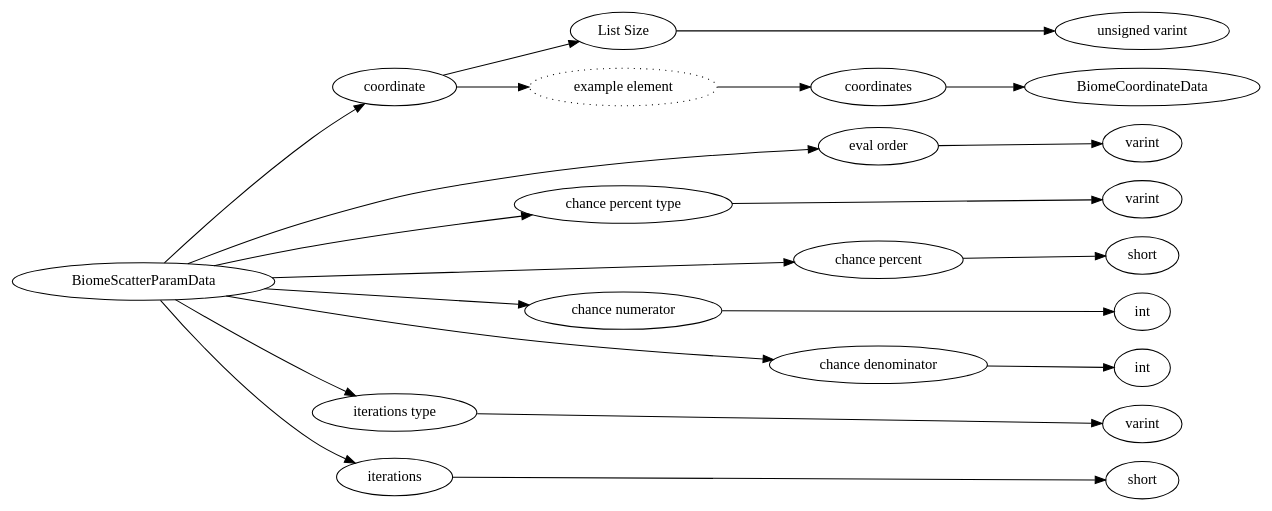
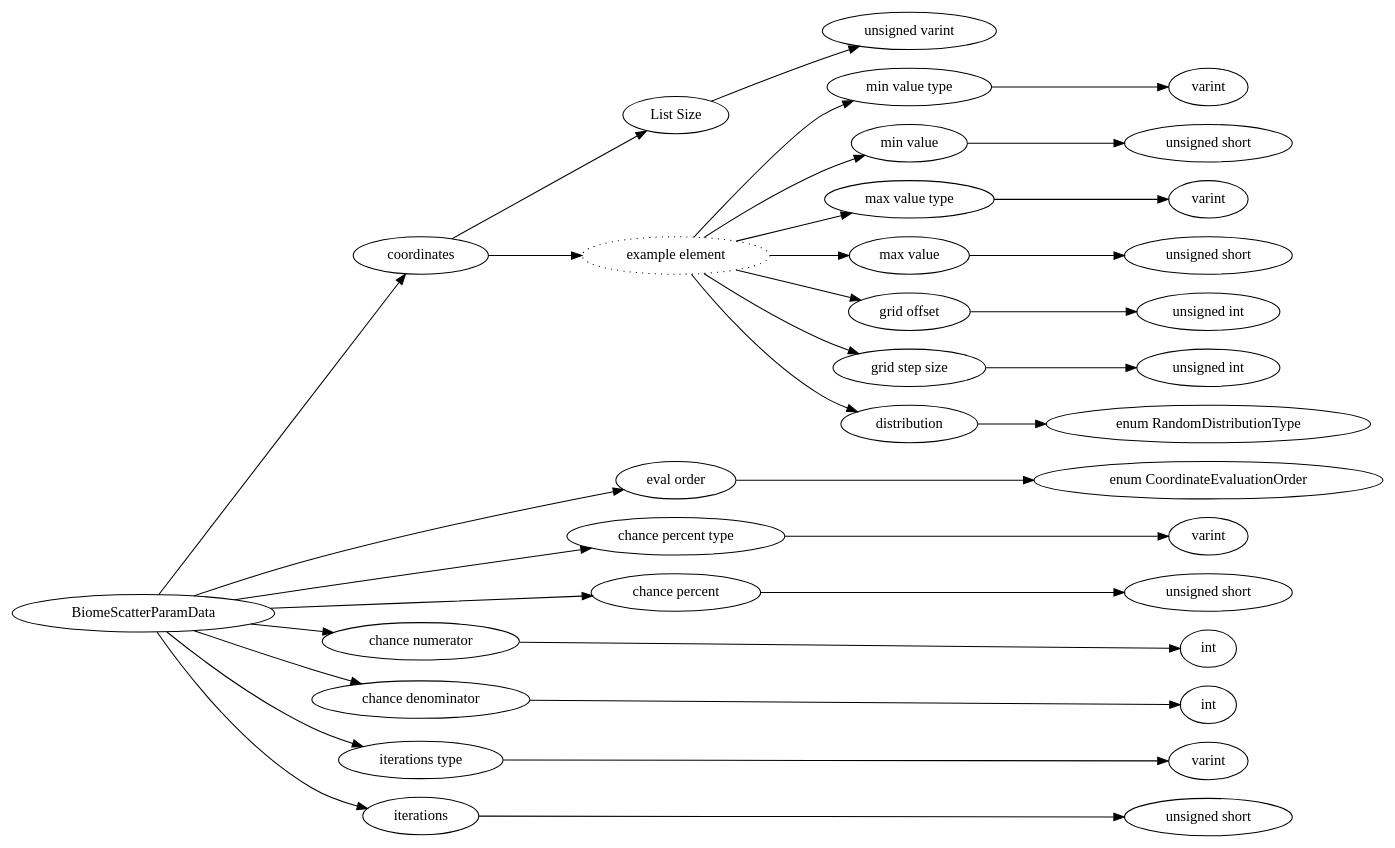
Before and after one commit to Mojang/bedrock-protocol-docs: the diagram in dot/BiomeScatterParamData.dot, drawn with Graphviz. The commit also changed 806 other files, not shown here.

```diff
--- a/dot/BiomeScatterParamData.dot
+++ b/dot/BiomeScatterParamData.dot
@@ -1,48 +1,72 @@
 digraph "BiomeScatterParamData" {
 rankdir = LR
-80
-80 -> 81
-81 -> 82
-82 -> 83
-81 -> 84
-84 -> 85
-85 -> 101
-80 -> 102
-102 -> 103
-80 -> 104
-104 -> 105
-80 -> 106
-106 -> 107
-80 -> 108
-108 -> 109
-80 -> 110
-110 -> 111
-80 -> 112
-112 -> 113
-80 -> 114
-114 -> 115
+0
+0 -> 1
+1 -> 2
+2 -> 3
+1 -> 4
+4 -> 5
+5 -> 6
+4 -> 7
+7 -> 8
+4 -> 9
+9 -> 10
+4 -> 11
+11 -> 12
+4 -> 13
+13 -> 14
+4 -> 15
+15 -> 16
+4 -> 17
+17 -> 18
+0 -> 19
+19 -> 20
+0 -> 21
+21 -> 22
+0 -> 23
+23 -> 24
+0 -> 25
+25 -> 26
+0 -> 27
+27 -> 28
+0 -> 29
+29 -> 30
+0 -> 31
+31 -> 32
 
-80 [label="BiomeScatterParamData",comment="name: \"BiomeScatterParamData\", typeName: \"\", id: 80, branchId: 0, recurseId: -1, attributes: 0, notes: \"\""];
-81 [label="coordinate",comment="name: \"coordinate\", typeName: \"\", id: 81, branchId: 0, recurseId: -1, attributes: 8, notes: \"\""];
-82 [label="List Size",comment="name: \"List Size\", typeName: \"\", id: 82, branchId: 0, recurseId: -1, attributes: 0, notes: \"\""];
-83 [label="unsigned varint",comment="name: \"unsigned varint\", typeName: \"\", id: 83, branchId: 0, recurseId: -1, attributes: 512, notes: \"\""];
-84 [label="example element",style=dotted,comment="name: \"example element\", typeName: \"\", id: 84, branchId: 0, recurseId: -1, attributes: 16, notes: \"\""];
-85 [label="coordinates",comment="name: \"coordinates\", typeName: \"BiomeCoordinateData\", id: 85, branchId: 0, recurseId: -1, attributes: 256, notes: \"\""];
-101 [label="BiomeCoordinateData",comment="name: \"BiomeCoordinateData\", typeName: \"\", id: 101, branchId: 0, recurseId: -1, attributes: 512, notes: \"\""];
-102 [label="eval order",comment="name: \"eval order\", typeName: \"\", id: 102, branchId: 0, recurseId: -1, attributes: 0, notes: \"\""];
-103 [label="varint",comment="name: \"varint\", typeName: \"\", id: 103, branchId: 0, recurseId: -1, attributes: 512, notes: \"\""];
-104 [label="chance percent type",comment="name: \"chance percent type\", typeName: \"\", id: 104, branchId: 0, recurseId: -1, attributes: 0, notes: \"\""];
-105 [label="varint",comment="name: \"varint\", typeName: \"\", id: 105, branchId: 0, recurseId: -1, attributes: 512, notes: \"\""];
-106 [label="chance percent",comment="name: \"chance percent\", typeName: \"short\", id: 106, branchId: 0, recurseId: -1, attributes: 256, notes: \"\""];
-107 [label="short",comment="name: \"short\", typeName: \"\", id: 107, branchId: 0, recurseId: -1, attributes: 512, notes: \"\""];
-108 [label="chance numerator",comment="name: \"chance numerator\", typeName: \"\", id: 108, branchId: 0, recurseId: -1, attributes: 0, notes: \"\""];
-109 [label="int",comment="name: \"int\", typeName: \"\", id: 109, branchId: 0, recurseId: -1, attributes: 512, notes: \"\""];
-110 [label="chance denominator",comment="name: \"chance denominator\", typeName: \"\", id: 110, branchId: 0, recurseId: -1, attributes: 0, notes: \"\""];
-111 [label="int",comment="name: \"int\", typeName: \"\", id: 111, branchId: 0, recurseId: -1, attributes: 512, notes: \"\""];
-112 [label="iterations type",comment="name: \"iterations type\", typeName: \"\", id: 112, branchId: 0, recurseId: -1, attributes: 0, notes: \"\""];
-113 [label="varint",comment="name: \"varint\", typeName: \"\", id: 113, branchId: 0, recurseId: -1, attributes: 512, notes: \"\""];
-114 [label="iterations",comment="name: \"iterations\", typeName: \"short\", id: 114, branchId: 0, recurseId: -1, attributes: 256, notes: \"\""];
-115 [label="short",comment="name: \"short\", typeName: \"\", id: 115, branchId: 0, recurseId: -1, attributes: 512, notes: \"\""];
-{ rank = max;83;101;103;105;107;109;111;113;115}
+0 [label="BiomeScatterParamData",comment="name: \"BiomeScatterParamData\", typeName: \"\", id: 0, branchId: 0, recurseId: -1, attributes: 0, notes: \"\""];
+1 [label="coordinates",comment="name: \"coordinates\", typeName: \"\", id: 1, branchId: 0, recurseId: -1, attributes: 0, notes: \"\""];
+2 [label="List Size",comment="name: \"List Size\", typeName: \"\", id: 2, branchId: 0, recurseId: -1, attributes: 0, notes: \"\""];
+3 [label="unsigned varint",comment="name: \"unsigned varint\", typeName: \"\", id: 3, branchId: 0, recurseId: -1, attributes: 0, notes: \"\""];
+4 [label="example element",style=dotted,comment="name: \"example element\", typeName: \"\", id: 4, branchId: 0, recurseId: -1, attributes: 16, notes: \"\""];
+5 [label="min value type",comment="name: \"min value type\", typeName: \"\", id: 5, branchId: 0, recurseId: -1, attributes: 0, notes: \"\""];
+6 [label="varint",comment="name: \"varint\", typeName: \"\", id: 6, branchId: 0, recurseId: -1, attributes: 512, notes: \"\""];
+7 [label="min value",comment="name: \"min value\", typeName: \"\", id: 7, branchId: 0, recurseId: -1, attributes: 0, notes: \"\""];
+8 [label="unsigned short",comment="name: \"unsigned short\", typeName: \"\", id: 8, branchId: 0, recurseId: -1, attributes: 512, notes: \"\""];
+9 [label="max value type",comment="name: \"max value type\", typeName: \"\", id: 9, branchId: 0, recurseId: -1, attributes: 0, notes: \"\""];
+10 [label="varint",comment="name: \"varint\", typeName: \"\", id: 10, branchId: 0, recurseId: -1, attributes: 512, notes: \"\""];
+11 [label="max value",comment="name: \"max value\", typeName: \"\", id: 11, branchId: 0, recurseId: -1, attributes: 0, notes: \"\""];
+12 [label="unsigned short",comment="name: \"unsigned short\", typeName: \"\", id: 12, branchId: 0, recurseId: -1, attributes: 512, notes: \"\""];
+13 [label="grid offset",comment="name: \"grid offset\", typeName: \"\", id: 13, branchId: 0, recurseId: -1, attributes: 0, notes: \"\""];
+14 [label="unsigned int",comment="name: \"unsigned int\", typeName: \"\", id: 14, branchId: 0, recurseId: -1, attributes: 512, notes: \"\""];
+15 [label="grid step size",comment="name: \"grid step size\", typeName: \"\", id: 15, branchId: 0, recurseId: -1, attributes: 0, notes: \"\""];
+16 [label="unsigned int",comment="name: \"unsigned int\", typeName: \"\", id: 16, branchId: 0, recurseId: -1, attributes: 512, notes: \"\""];
+17 [label="distribution",comment="name: \"distribution\", typeName: \"\", id: 17, branchId: 0, recurseId: -1, attributes: 0, notes: \"\""];
+18 [label="enum RandomDistributionType",comment="name: \"enum RandomDistributionType\", typeName: \"\", id: 18, branchId: 0, recurseId: -1, attributes: 512, notes: \"\""];
+19 [label="eval order",comment="name: \"eval order\", typeName: \"\", id: 19, branchId: 0, recurseId: -1, attributes: 0, notes: \"\""];
+20 [label="enum CoordinateEvaluationOrder",comment="name: \"enum CoordinateEvaluationOrder\", typeName: \"\", id: 20, branchId: 0, recurseId: -1, attributes: 512, notes: \"\""];
+21 [label="chance percent type",comment="name: \"chance percent type\", typeName: \"\", id: 21, branchId: 0, recurseId: -1, attributes: 0, notes: \"\""];
+22 [label="varint",comment="name: \"varint\", typeName: \"\", id: 22, branchId: 0, recurseId: -1, attributes: 512, notes: \"\""];
+23 [label="chance percent",comment="name: \"chance percent\", typeName: \"\", id: 23, branchId: 0, recurseId: -1, attributes: 0, notes: \"\""];
+24 [label="unsigned short",comment="name: \"unsigned short\", typeName: \"\", id: 24, branchId: 0, recurseId: -1, attributes: 512, notes: \"\""];
+25 [label="chance numerator",comment="name: \"chance numerator\", typeName: \"\", id: 25, branchId: 0, recurseId: -1, attributes: 0, notes: \"\""];
+26 [label="int",comment="name: \"int\", typeName: \"\", id: 26, branchId: 0, recurseId: -1, attributes: 512, notes: \"\""];
+27 [label="chance denominator",comment="name: \"chance denominator\", typeName: \"\", id: 27, branchId: 0, recurseId: -1, attributes: 0, notes: \"\""];
+28 [label="int",comment="name: \"int\", typeName: \"\", id: 28, branchId: 0, recurseId: -1, attributes: 512, notes: \"\""];
+29 [label="iterations type",comment="name: \"iterations type\", typeName: \"\", id: 29, branchId: 0, recurseId: -1, attributes: 0, notes: \"\""];
+30 [label="varint",comment="name: \"varint\", typeName: \"\", id: 30, branchId: 0, recurseId: -1, attributes: 512, notes: \"\""];
+31 [label="iterations",comment="name: \"iterations\", typeName: \"\", id: 31, branchId: 0, recurseId: -1, attributes: 0, notes: \"\""];
+32 [label="unsigned short",comment="name: \"unsigned short\", typeName: \"\", id: 32, branchId: 0, recurseId: -1, attributes: 512, notes: \"\""];
+{ rank = max;6;8;10;12;14;16;18;20;22;24;26;28;30;32}
 
 }
```
